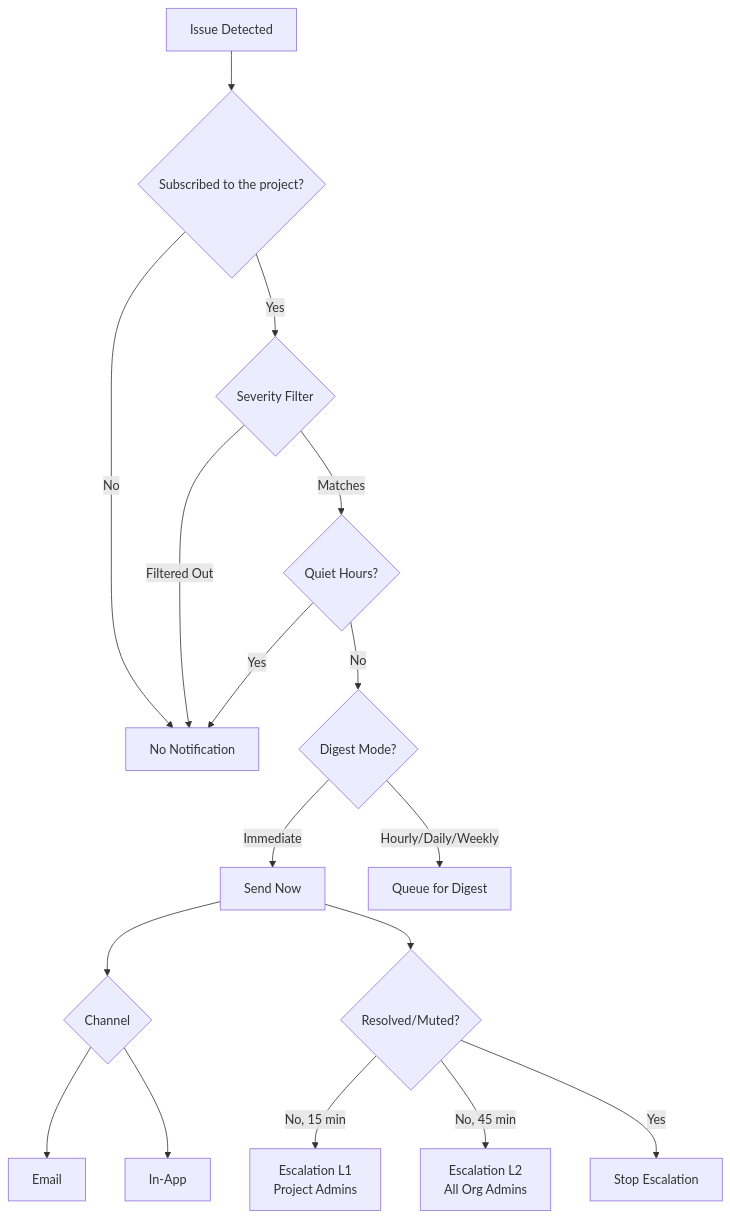
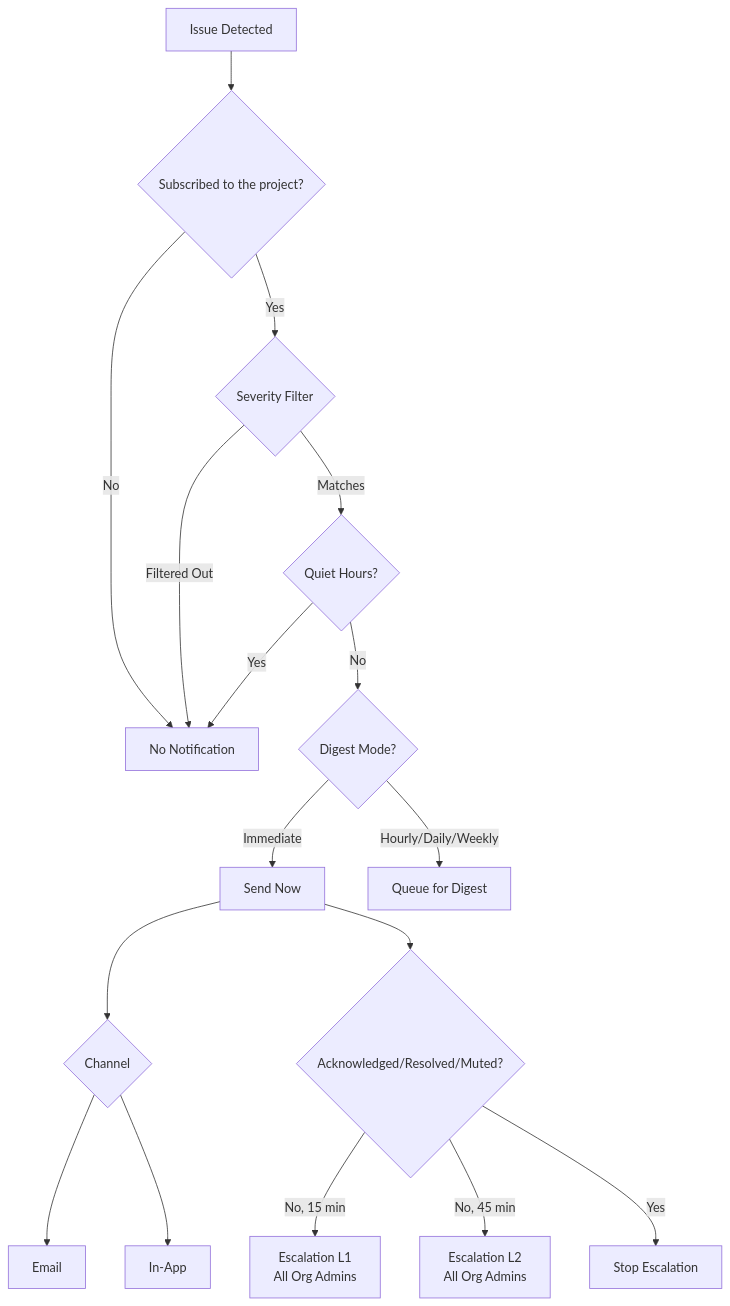
The diagram in docs/src/user-guide/notifications.md (getserops/serops), drawn with Mermaid before and after one commit. The commit also changed other lines of this file and 172 other files, not shown here.

````diff
--- a/docs/src/user-guide/notifications.md
+++ b/docs/src/user-guide/notifications.md
@@ -11,19 +11,19 @@
 ```mermaid
 graph TD
     T[Issue Detected] --> SUB{Subscribed to the project?}
     SUB -->|No| DROP[No Notification]
     SUB -->|Yes| SEV{Severity Filter}
     SEV -->|Filtered Out| DROP
     SEV -->|Matches| QH{Quiet Hours?}
     QH -->|Yes| DROP
     QH -->|No| CH{Digest Mode?}
     CH -->|Immediate| SEND[Send Now]
     CH -->|Hourly/Daily/Weekly| BATCH[Queue for Digest]
     SEND --> CHAN{Channel}
     CHAN --> EMAIL[Email]
     CHAN --> INAPP[In-App]
-    SEND --> ACK{Resolved/Muted?}
-    ACK -->|No, 15 min| ESC1[Escalation L1<br/>Project Admins]
+    SEND --> ACK{Acknowledged/Resolved/Muted?}
+    ACK -->|No, 15 min| ESC1[Escalation L1<br/>All Org Admins]
     ACK -->|No, 45 min| ESC2[Escalation L2<br/>All Org Admins]
     ACK -->|Yes| STOP[Stop Escalation]
 ```
````
